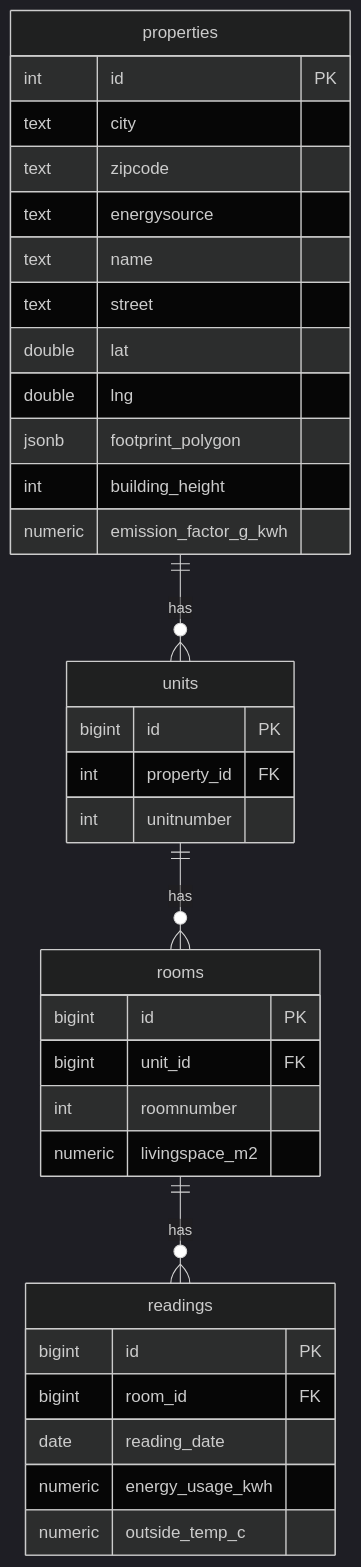
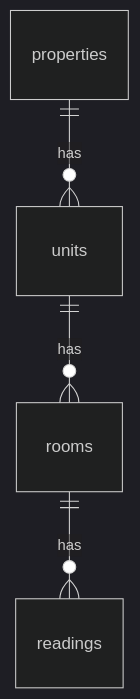
The second of 2 diagrams in backend/README.md (luisreindlmeier/techem), drawn with Mermaid (dark theme) before and after one commit. The commit also changed other lines of this file and 3 other files, not shown here.

Commit message:
docs: rewrite READMEs for Techem Horizon with MCP OpenAI flow

````diff
--- a/backend/README.md
+++ b/backend/README.md
@@ -75,38 +41,6 @@
 ```mermaid
 erDiagram
   properties ||--o{ units : has
   units ||--o{ rooms : has
   rooms ||--o{ readings : has
-
-  properties {
-    int id PK
-    text city
-    text zipcode
-    text energysource
-    text name
-    text street
-    double lat
-    double lng
-    jsonb footprint_polygon
-    int building_height
-    numeric emission_factor_g_kwh
-  }
-  units {
-    bigint id PK
-    int property_id FK
-    int unitnumber
-  }
-  rooms {
-    bigint id PK
-    bigint unit_id FK
-    int roomnumber
-    numeric livingspace_m2
-  }
-  readings {
-    bigint id PK
-    bigint room_id FK
-    date reading_date
-    numeric energy_usage_kwh
-    numeric outside_temp_c
-  }
 ```
````
